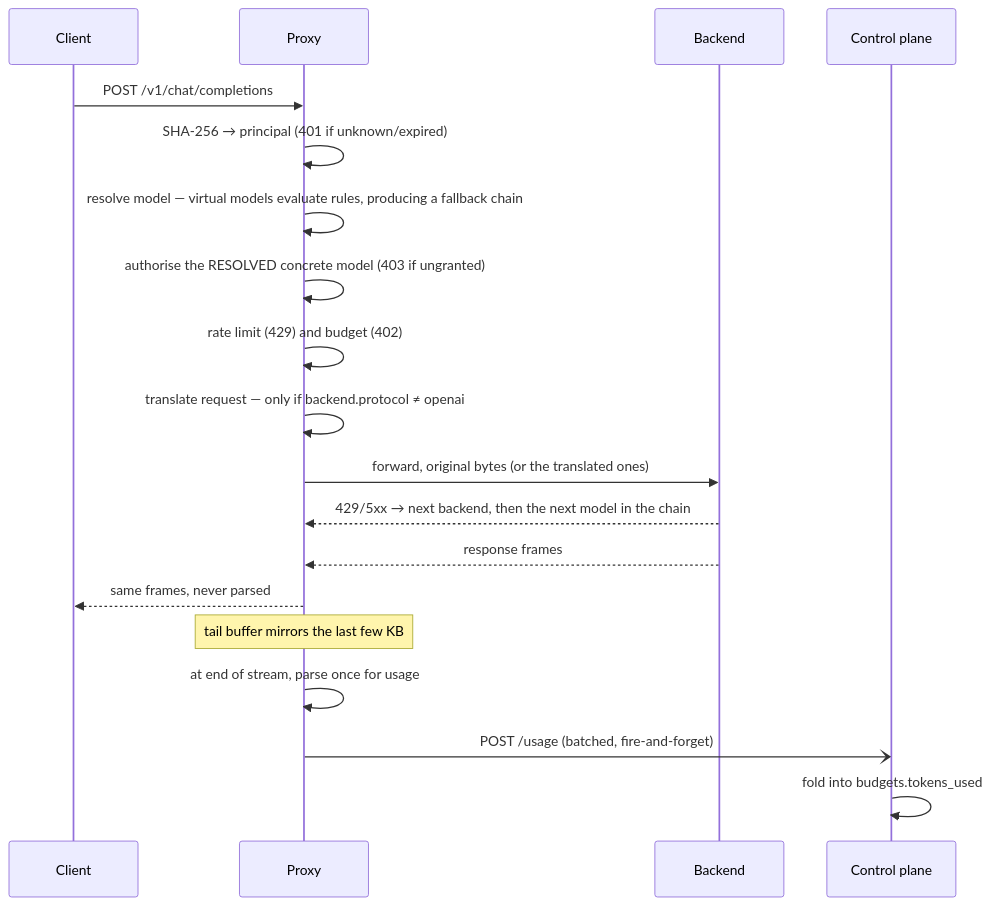
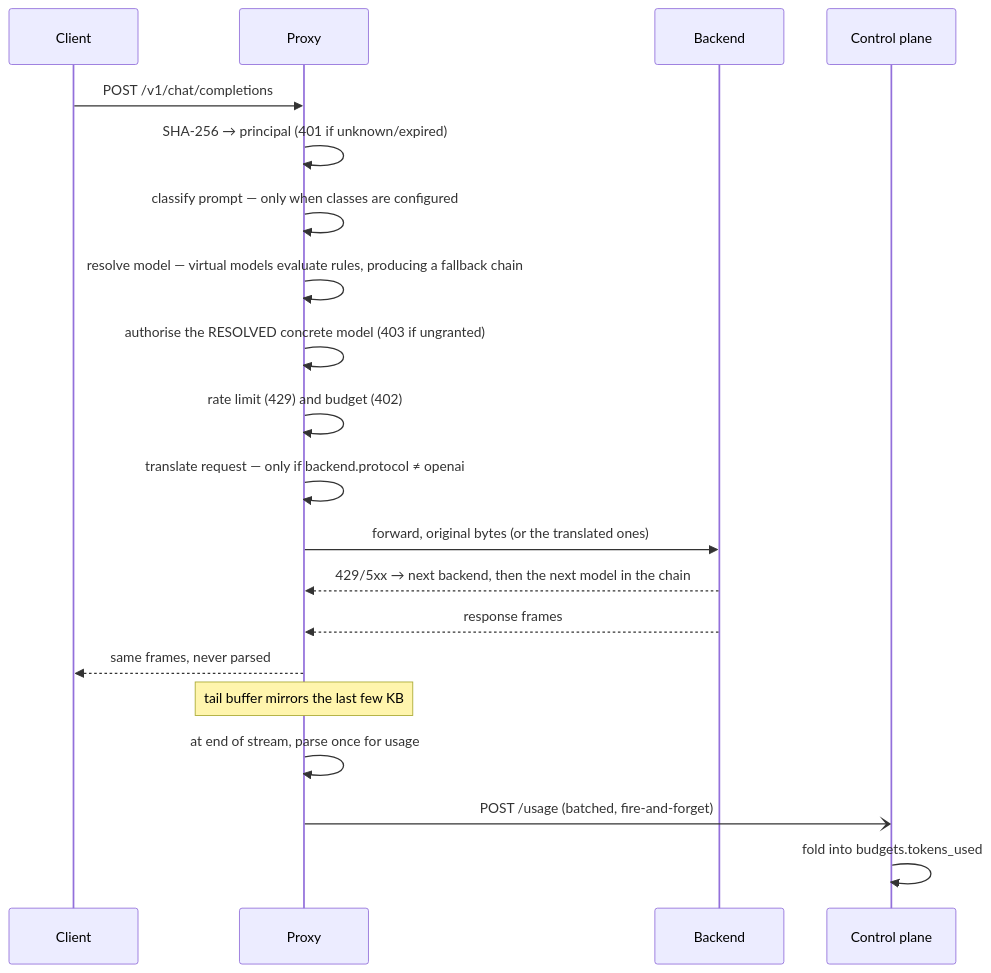
The third of 3 diagrams in docs/architecture.md (azrtydxb/Fastllm-proxy), drawn with Mermaid before and after one commit. The commit also changed other lines of this file and 16 other files, not shown here.

````diff
--- a/docs/architecture.md
+++ b/docs/architecture.md
@@ -102,22 +103,23 @@
 ```mermaid
 sequenceDiagram
     participant C as Client
     participant P as Proxy
     participant B as Backend
     participant K as Control plane
 
     C->>P: POST /v1/chat/completions
     P->>P: SHA-256 → principal (401 if unknown/expired)
+    P->>P: classify prompt — only when classes are configured
     P->>P: resolve model — virtual models evaluate rules, producing a fallback chain
     P->>P: authorise the RESOLVED concrete model (403 if ungranted)
     P->>P: rate limit (429) and budget (402)
     P->>P: translate request — only if backend.protocol ≠ openai
     P->>B: forward, original bytes (or the translated ones)
     B-->>P: 429/5xx → next backend, then the next model in the chain
     B-->>P: response frames
     P-->>C: same frames, never parsed
     Note over P: tail buffer mirrors the last few KB
     P->>P: at end of stream, parse once for usage
     P-)K: POST /usage (batched, fire-and-forget)
     K->>K: fold into budgets.tokens_used
 ```
````
